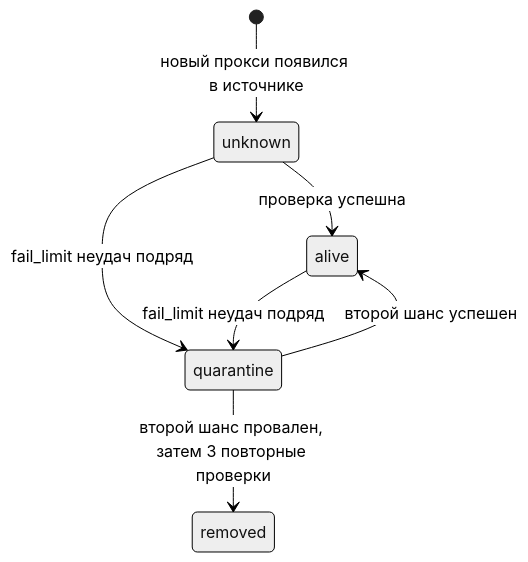
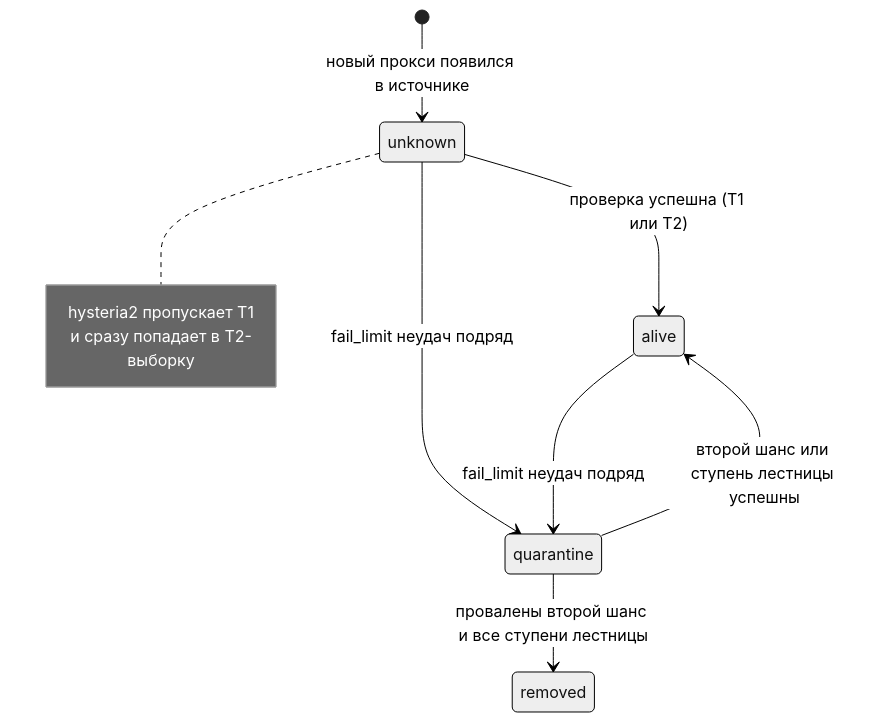
One commit to Viktor45/fumox changed the second of 2 diagrams in USERGUIDE.ru.md. Above: the diagram before and after it, drawn with Mermaid (neutral theme). The commit also changed other lines of this file and 28 other files, not shown here.

````diff
--- a/USERGUIDE.ru.md
+++ b/USERGUIDE.ru.md
@@ -764,9 +770,13 @@
 ```mermaid
 stateDiagram-v2
     [*] --> unknown : новый прокси появился в источнике
-    unknown --> alive : проверка успешна
+    unknown --> alive : проверка успешна (T1 или T2)
     unknown --> quarantine : fail_limit неудач подряд
     alive --> quarantine : fail_limit неудач подряд
-    quarantine --> alive : второй шанс успешен
-    quarantine --> removed : второй шанс провален, затем 3 повторные проверки
+    quarantine --> alive : второй шанс или ступень лестницы успешны
+    quarantine --> removed : провалены второй шанс и все ступени лестницы
+    note right of unknown
+        hysteria2 пропускает T1
+        и сразу попадает в T2-выборку
+    end note
 ```
````
